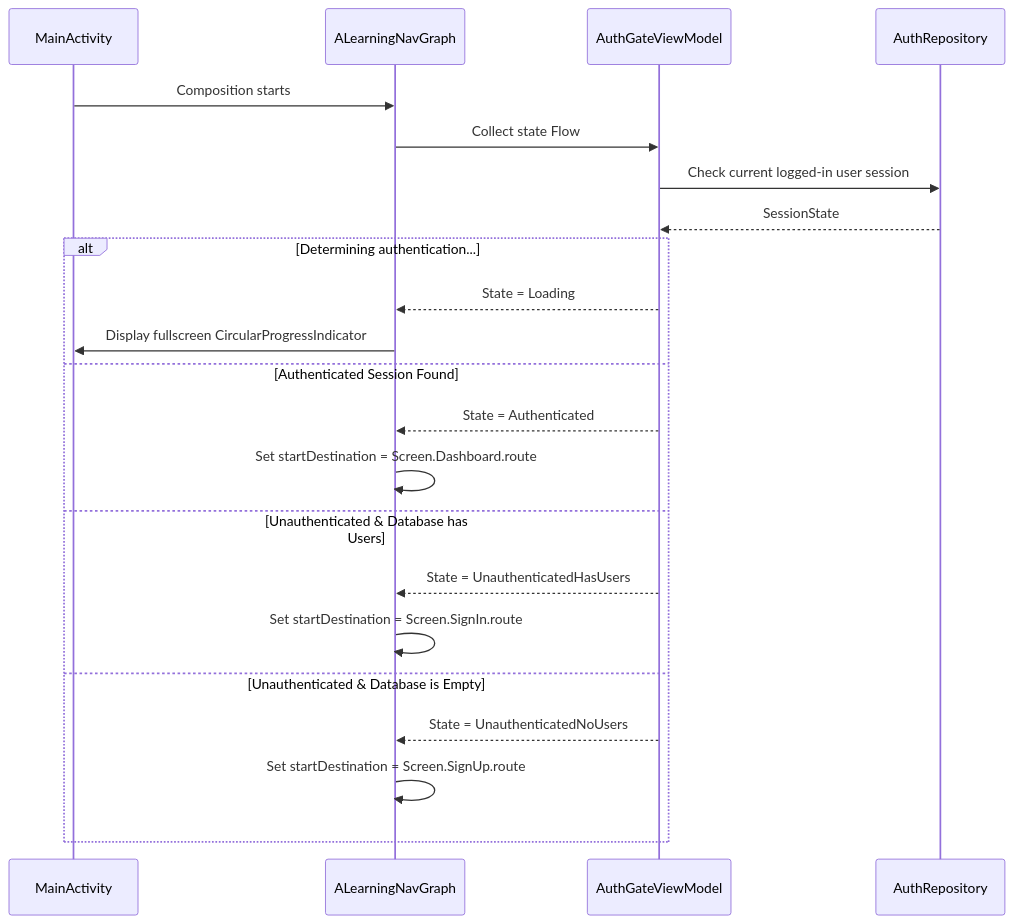
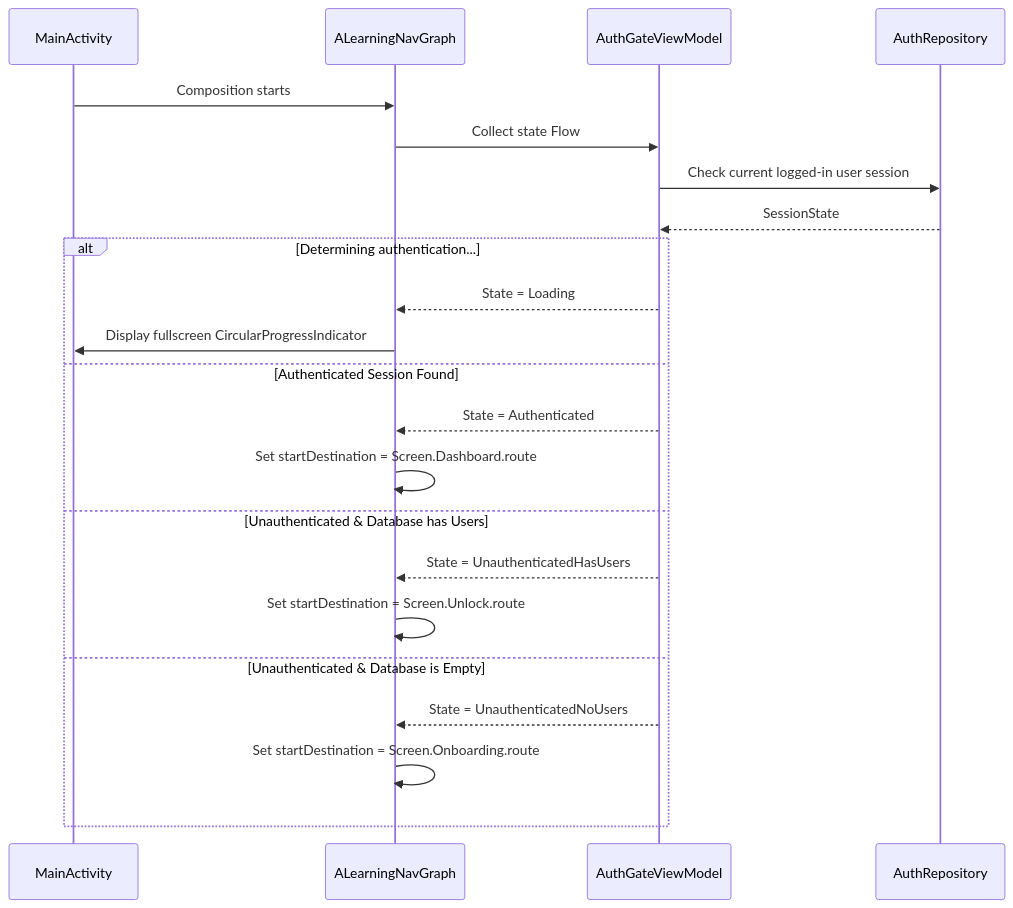
One commit to vamshigunda-star/Alearning changed the third of 4 diagrams in DEVELOPMENT_CONTEXT.md. Above: the diagram before and after it, drawn with Mermaid. The commit also changed other lines of this file and 4 other files, not shown here.

````diff
--- a/DEVELOPMENT_CONTEXT.md
+++ b/DEVELOPMENT_CONTEXT.md
@@ -180,25 +180,25 @@
 ```mermaid
 sequenceDiagram
     participant Main as MainActivity
     participant Nav as ALearningNavGraph
     participant VM as AuthGateViewModel
     participant Rep as AuthRepository
 
     Main->>Nav: Composition starts
     Nav->>VM: Collect state Flow
     VM->>Rep: Check current logged-in user session
     Rep-->>VM: SessionState
     alt Determining authentication...
         VM-->>Nav: State = Loading
         Nav->>Main: Display fullscreen CircularProgressIndicator
     else Authenticated Session Found
         VM-->>Nav: State = Authenticated
         Nav->>Nav: Set startDestination = Screen.Dashboard.route
     else Unauthenticated & Database has Users
         VM-->>Nav: State = UnauthenticatedHasUsers
-        Nav->>Nav: Set startDestination = Screen.SignIn.route
+        Nav->>Nav: Set startDestination = Screen.Unlock.route
     else Unauthenticated & Database is Empty
         VM-->>Nav: State = UnauthenticatedNoUsers
-        Nav->>Nav: Set startDestination = Screen.SignUp.route
+        Nav->>Nav: Set startDestination = Screen.Onboarding.route
     end
 ```
````
